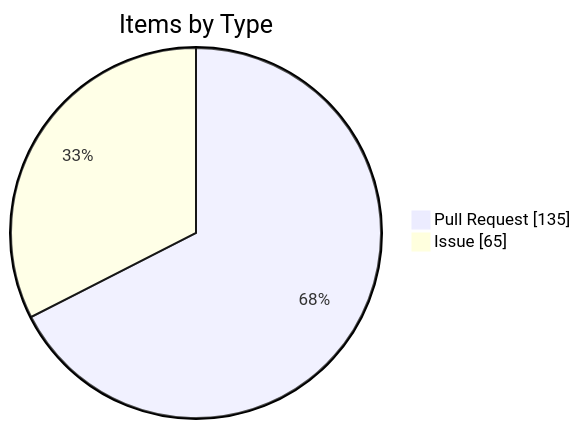
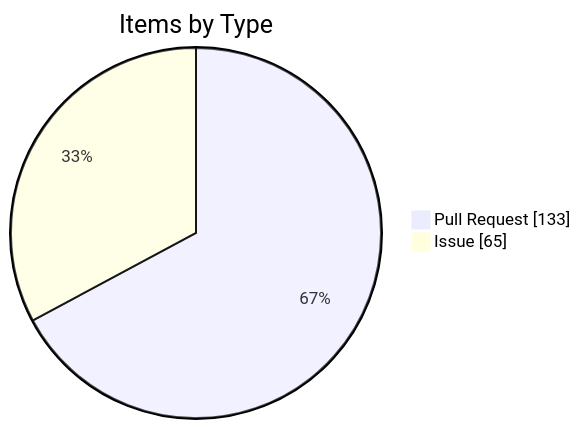
One commit to KBVE/kbve changed the fourth of 4 diagrams in apps/kbve/astro-kbve/src/content/docs/dashboard/kanban-data.mdx. Above: the diagram before and after it, drawn with Mermaid. The commit also changed other lines of this file and 8 other files, not shown here.

````diff
--- a/apps/kbve/astro-kbve/src/content/docs/dashboard/kanban-data.mdx
+++ b/apps/kbve/astro-kbve/src/content/docs/dashboard/kanban-data.mdx
@@ -116,6 +116,6 @@
 ```mermaid
 pie showData
     title Items by Type
-    "Pull Request" : 135
+    "Pull Request" : 133
     "Issue" : 65
 ```
````
